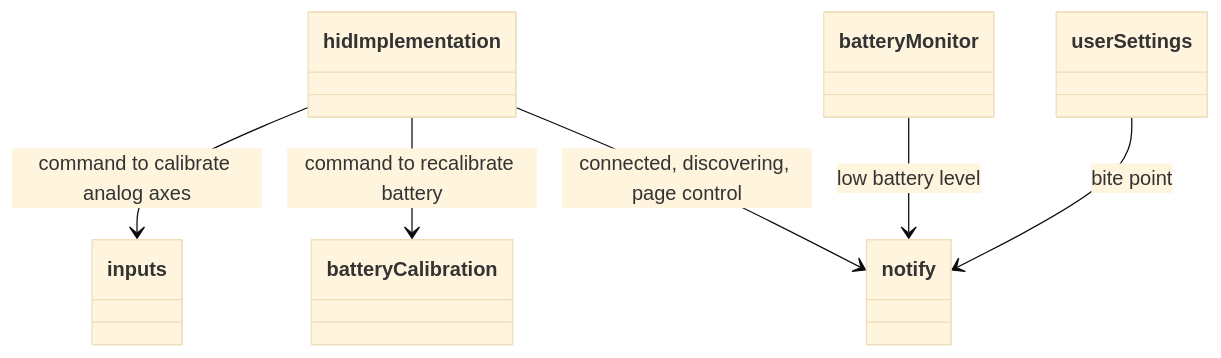
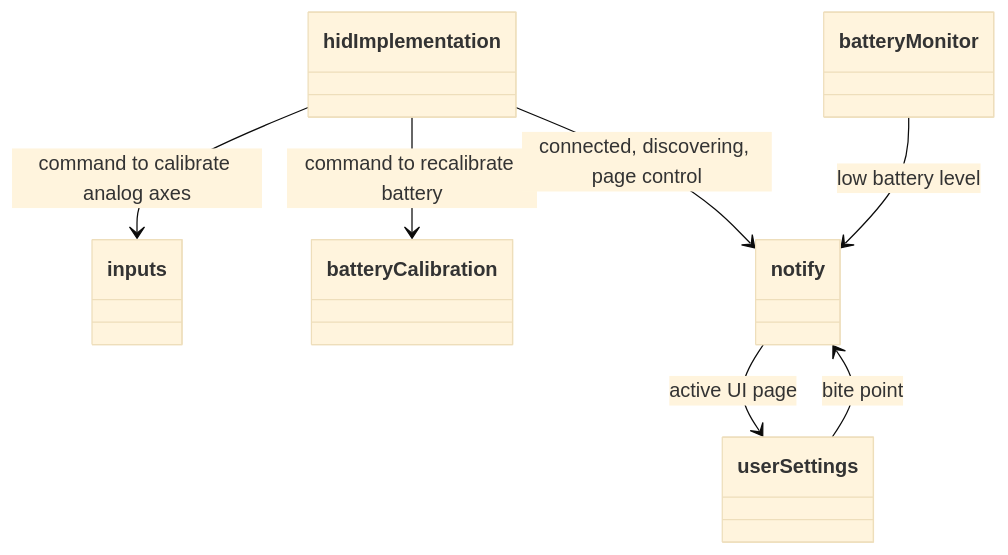
One commit to afpineda/OpenSourceSimWheelESP32 changed the third of 4 diagrams in doc/firmware/FirmwareArchitecture_en.md. Above: the diagram before and after it, drawn with Mermaid (base theme). The commit also changed other lines of this file and 1 other file, not shown here.

Commit message:
Implement save/load current UI page

````diff
--- a/doc/firmware/FirmwareArchitecture_en.md
+++ b/doc/firmware/FirmwareArchitecture_en.md
@@ -135,8 +135,9 @@
 ```mermaid
 classDiagram
     hidImplementation --> inputs: command to calibrate analog axes
     hidImplementation --> batteryCalibration: command to recalibrate battery
     hidImplementation --> notify: connected, discovering, page control
     batteryMonitor --> notify: low battery level
     userSettings --> notify: bite point
+    notify --> userSettings: active UI page
 ```
````
